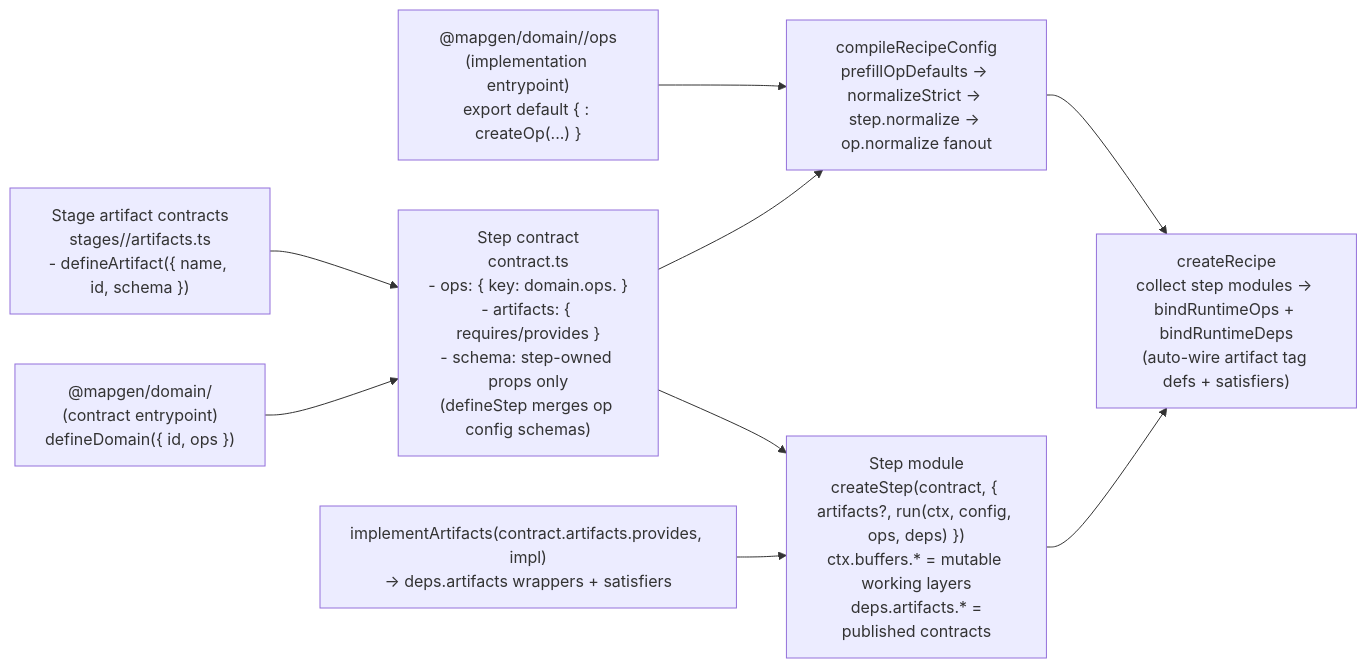
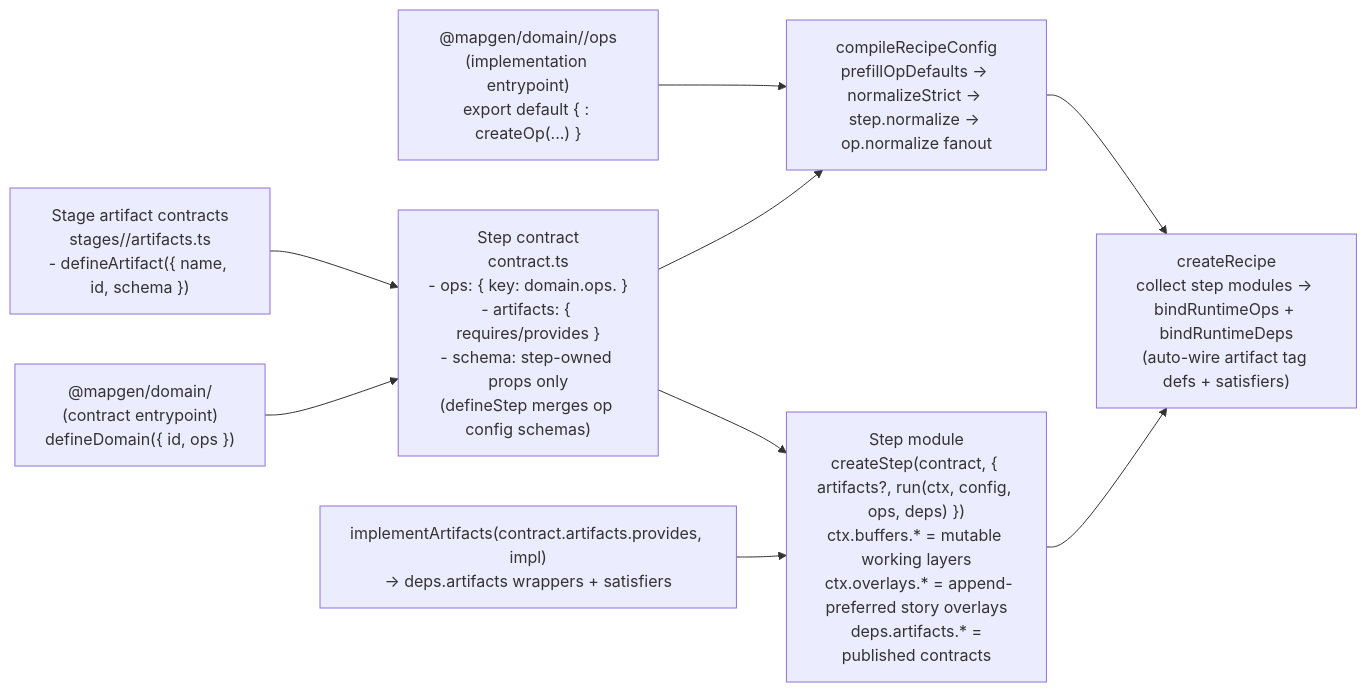
The diagram in docs/projects/engine-refactor-v1/resources/workflow/domain-refactor/WORKFLOW.md (mateicanavra/civ7-modding-tools-fork), drawn with Mermaid before and after one commit. The commit also changed other lines of this file and 1 other file, not shown here.

Commit message:
docs(mapgen): add overlays model and policy

````diff
--- a/docs/projects/engine-refactor-v1/resources/workflow/domain-refactor/WORKFLOW.md
+++ b/docs/projects/engine-refactor-v1/resources/workflow/domain-refactor/WORKFLOW.md
@@ -429,20 +432,20 @@
 ```mermaid
 flowchart LR
   DomainContract["@mapgen/domain/<domain>\n(contract entrypoint)\ndefineDomain({ id, ops })"]
   StageArtifacts["Stage artifact contracts\nstages/<stage>/artifacts.ts\n- defineArtifact({ name, id, schema })"]
   StepContract["Step contract\ncontract.ts\n- ops: { key: domain.ops.<opContract> }\n- artifacts: { requires/provides }\n- schema: step-owned props only\n(defineStep merges op config schemas)"]
   DomainImpl["@mapgen/domain/<domain>/ops\n(implementation entrypoint)\nexport default { <opKey>: createOp(...) }"]
   Compiler["compileRecipeConfig\nprefillOpDefaults → normalizeStrict → step.normalize → op.normalize fanout"]
-  StepModule["Step module\ncreateStep(contract, { artifacts?, run(ctx, config, ops, deps) })\nctx.buffers.* = mutable working layers\n deps.artifacts.* = published contracts"]
+  StepModule["Step module\ncreateStep(contract, { artifacts?, run(ctx, config, ops, deps) })\nctx.buffers.* = mutable working layers\n ctx.overlays.* = append-preferred story overlays\n deps.artifacts.* = published contracts"]
   ArtifactRuntime["implementArtifacts(contract.artifacts.provides, impl)\n→ deps.artifacts wrappers + satisfiers"]
   Recipe["createRecipe\ncollect step modules → bindRuntimeOps + bindRuntimeDeps\n(auto-wire artifact tag defs + satisfiers)"]
 
   StageArtifacts --> StepContract
   DomainContract --> StepContract
   DomainImpl --> Compiler
   StepContract --> StepModule
   StepContract --> Compiler
   Compiler --> Recipe
   ArtifactRuntime --> StepModule
   StepModule --> Recipe
 ```
````
